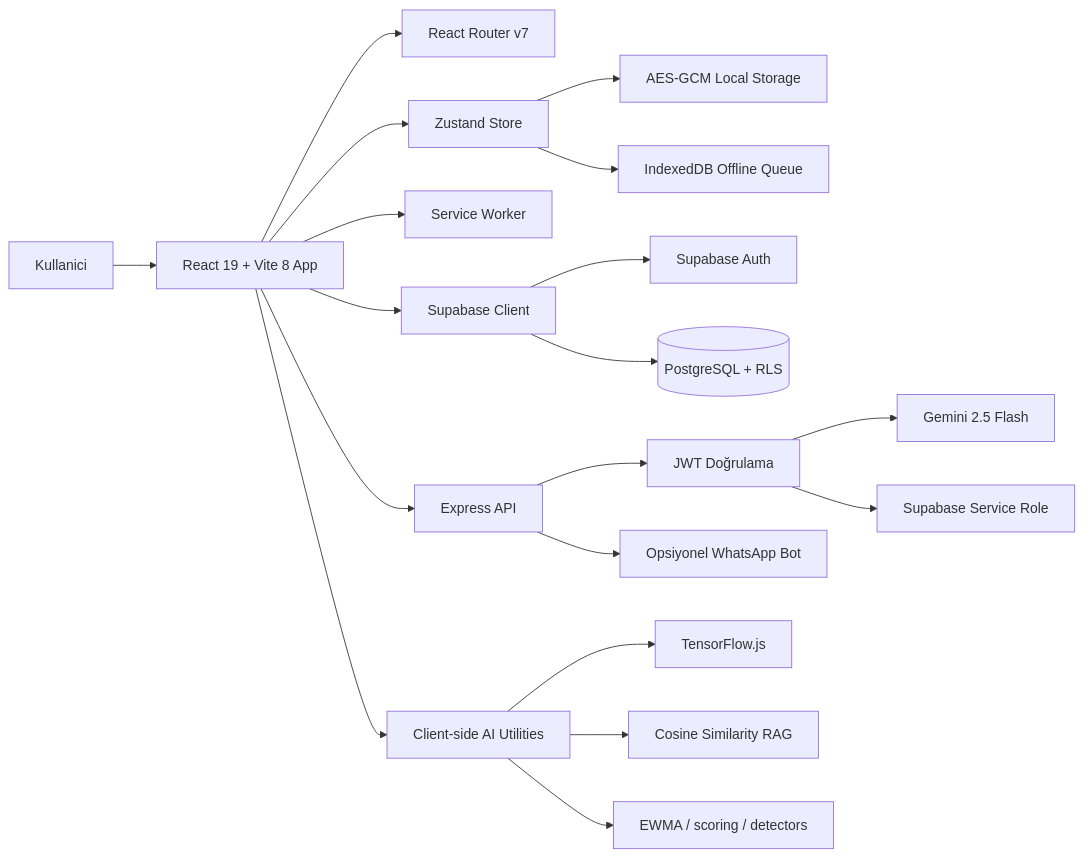
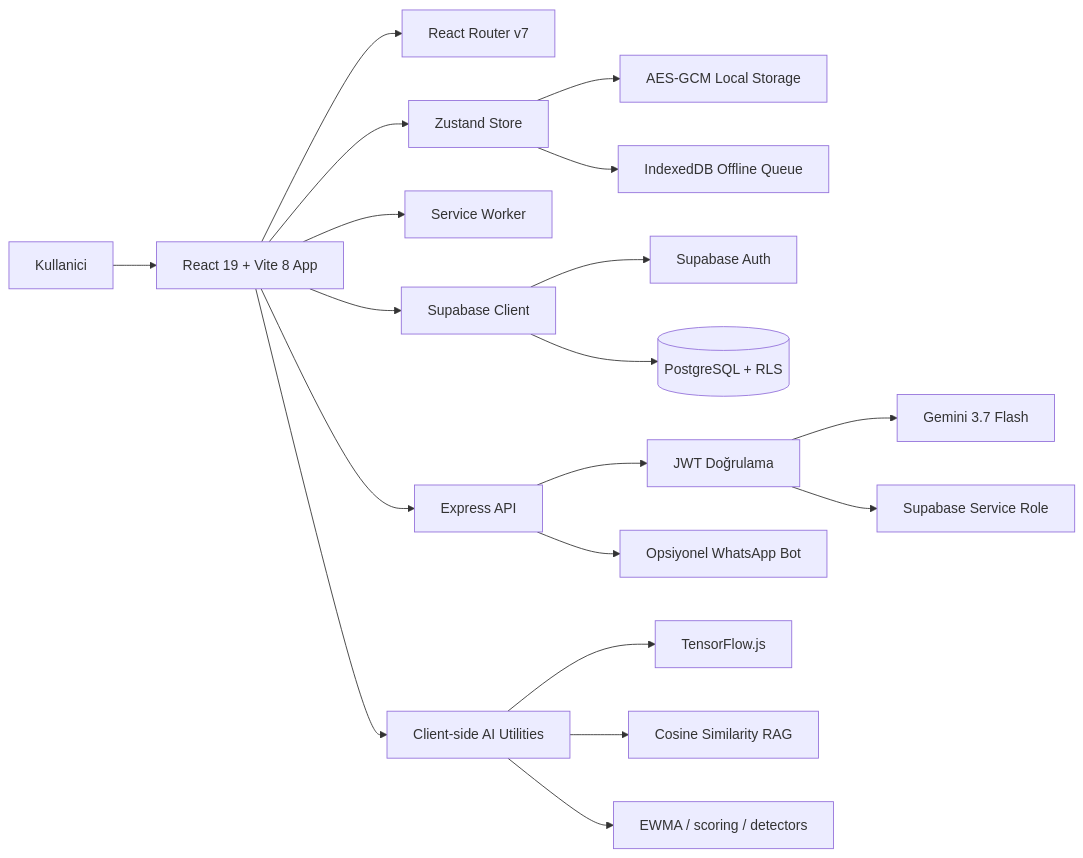
Before and after one commit to ardamoustafa1/FinCoach-AI: the first of 5 diagrams in README.md, drawn with Mermaid. The commit also changed other lines of this file and 13 other files, not shown here.

````diff
--- a/README.md
+++ b/README.md
@@ -222,24 +222,24 @@
 ```mermaid
 flowchart LR
   U["Kullanici"] --> UI["React 19 + Vite 8 App"]
   UI --> Router["React Router v7"]
   UI --> Store["Zustand Store"]
   Store --> Crypto["AES-GCM Local Storage"]
   Store --> IndexedDB["IndexedDB Offline Queue"]
   UI --> SW["Service Worker"]
   UI --> SupabaseClient["Supabase Client"]
 
   SupabaseClient --> Auth["Supabase Auth"]
   SupabaseClient --> DB[("PostgreSQL + RLS")]
 
   UI --> API["Express API"]
   API --> JWT["JWT Doğrulama"]
-  JWT --> Gemini["Gemini 2.5 Flash"]
+  JWT --> Gemini["Gemini 3.7 Flash"]
   JWT --> Admin["Supabase Service Role"]
   API --> WhatsApp["Opsiyonel WhatsApp Bot"]
 
   UI --> LocalAI["Client-side AI Utilities"]
   LocalAI --> TFJS["TensorFlow.js"]
   LocalAI --> RAG["Cosine Similarity RAG"]
   LocalAI --> Forecast["EWMA / scoring / detectors"]
 ```
````
